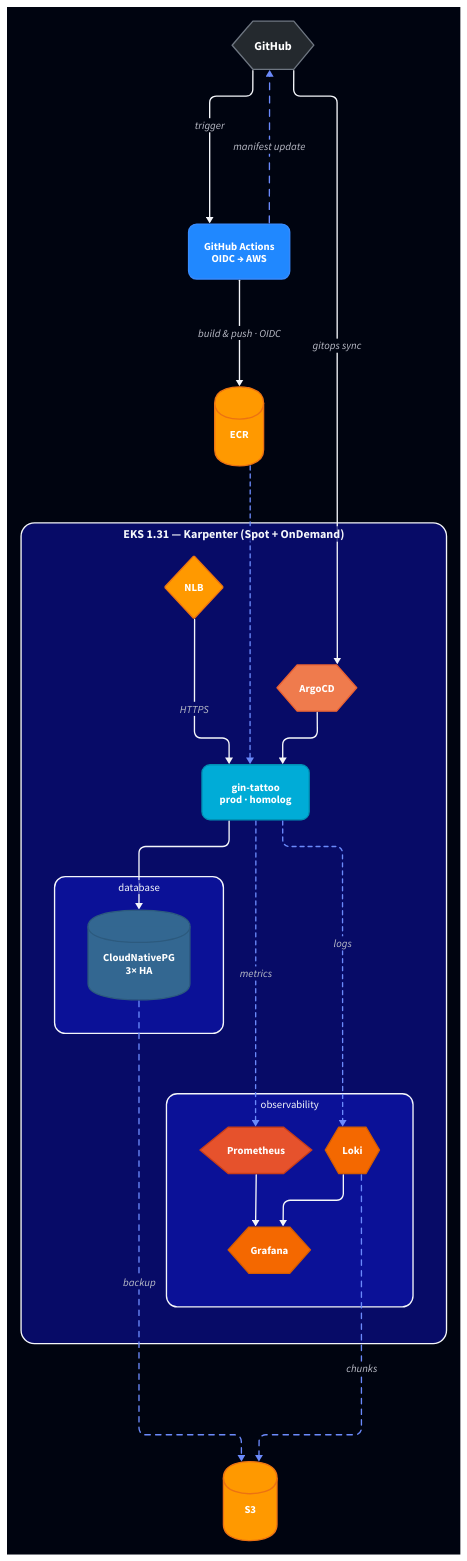
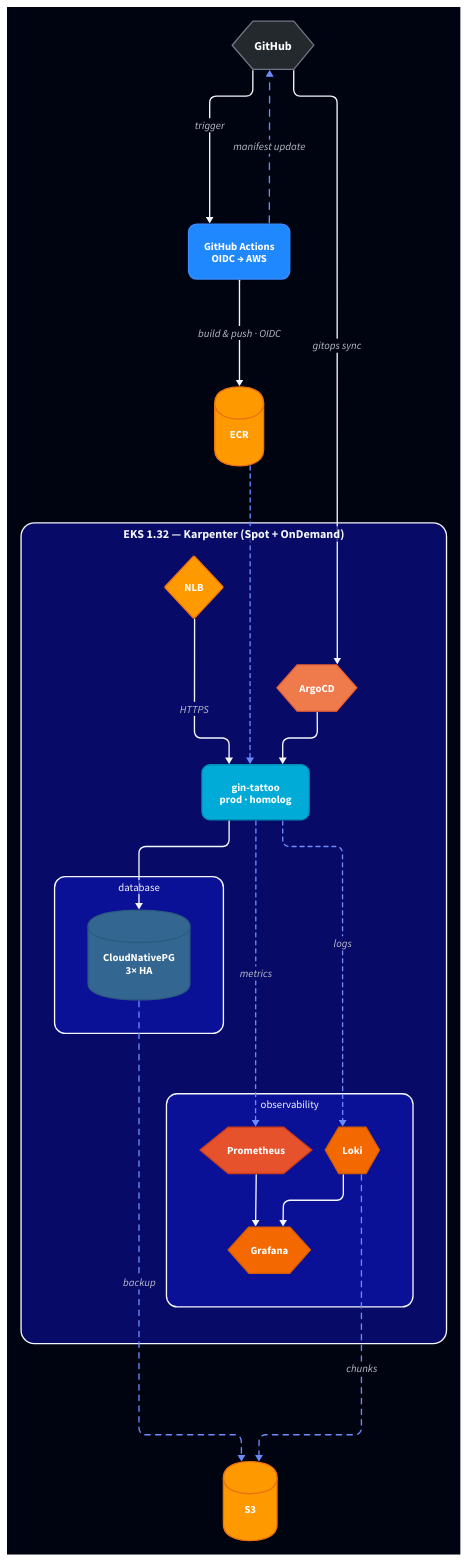
Before and after one commit to sant125/gin-tattoo: the diagram in docs/diagrams/architecture.d2, drawn with D2.

```diff
--- a/docs/diagrams/architecture.d2
+++ b/docs/diagrams/architecture.d2
@@ -1,176 +1,176 @@
 vars: {
   d2-config: {
     theme-id: 201
     layout-engine: elk
   }
 }
 
 direction: down
 
 github: GitHub {
   shape: hexagon
   style: {
     fill: "#24292e"
     stroke: "#6e7681"
     font-color: white
     font-size: 18
     bold: true
   }
 }
 
 actions: GitHub Actions\nOIDC → AWS {
   shape: rectangle
   style: {
     fill: "#2088ff"
     stroke: "#388bfd"
     font-color: white
     border-radius: 12
     font-size: 16
     bold: true
   }
 }
 
 ecr: ECR {
   shape: cylinder
   style: {
     fill: "#FF9900"
     stroke: "#ec7211"
     font-color: white
     font-size: 16
     bold: true
   }
 }
 
 s3: S3 {
   shape: cylinder
   style: {
     fill: "#FF9900"
     stroke: "#ec7211"
     font-color: white
     font-size: 16
     bold: true
   }
 }
 
-eks: EKS 1.31 — Karpenter (Spot + OnDemand) {
+eks: EKS 1.32 — Karpenter (Spot + OnDemand) {
   style: {
     border-radius: 20
     stroke-width: 2
     font-size: 18
     bold: true
   }
 
   nlb: NLB {
     shape: diamond
     style: {
       fill: "#FF9900"
       stroke: "#ec7211"
       font-color: white
       font-size: 16
       bold: true
     }
   }
 
   argocd: ArgoCD {
     shape: hexagon
     style: {
       fill: "#ef7b4d"
       stroke: "#e96132"
       font-color: white
       font-size: 16
       bold: true
     }
   }
 
   app: gin-tattoo\nprod · homolog {
     shape: rectangle
     style: {
       fill: "#00acd7"
       stroke: "#0090b5"
       font-color: white
       border-radius: 12
       font-size: 16
       bold: true
     }
   }
 
   db: database {
     style: {
       border-radius: 16
       stroke-width: 2
       font-size: 16
     }
     pg: CloudNativePG\n3× HA {
       shape: cylinder
       style: {
         fill: "#336791"
         stroke: "#2c5a7e"
         font-color: white
         font-size: 16
         bold: true
       }
     }
   }
 
   obs: observability {
     style: {
       border-radius: 16
       stroke-width: 2
       font-size: 16
     }
 
     prom: Prometheus {
       shape: hexagon
       style: {
         fill: "#e6522c"
         stroke: "#c93d18"
         font-color: white
         font-size: 16
         bold: true
       }
     }
 
     loki: Loki {
       shape: hexagon
       style: {
         fill: "#f46800"
         stroke: "#d45c00"
         font-color: white
         font-size: 16
         bold: true
       }
     }
 
     grafana: Grafana {
       shape: hexagon
       style: {
         fill: "#f46800"
         stroke: "#d45c00"
         font-color: white
         font-size: 16
         bold: true
       }
     }
 
     prom -> grafana
     loki -> grafana
   }
 }
 
 github -> actions: trigger
 github -> eks.argocd: gitops sync
 actions -> ecr: build & push · OIDC
 actions -> github: manifest update {
   style.stroke-dash: 5
 }
 
 ecr -> eks.app: {style.stroke-dash: 3}
 eks.argocd -> eks.app
 eks.nlb -> eks.app: HTTPS
 
 eks.app -> eks.db.pg
 eks.db.pg -> s3: backup {style.stroke-dash: 4}
 
 eks.app -> eks.obs.prom: metrics {style.stroke-dash: 3}
 eks.app -> eks.obs.loki: logs {style.stroke-dash: 3}
 eks.obs.loki -> s3: chunks {style.stroke-dash: 4}
```
